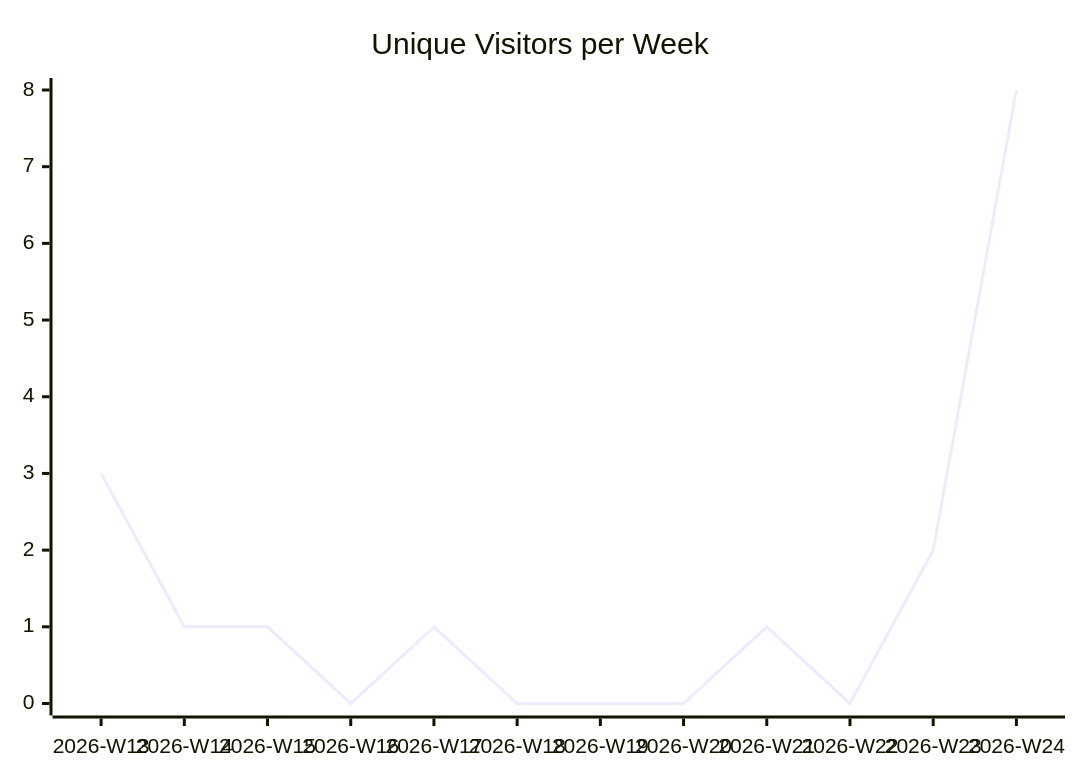
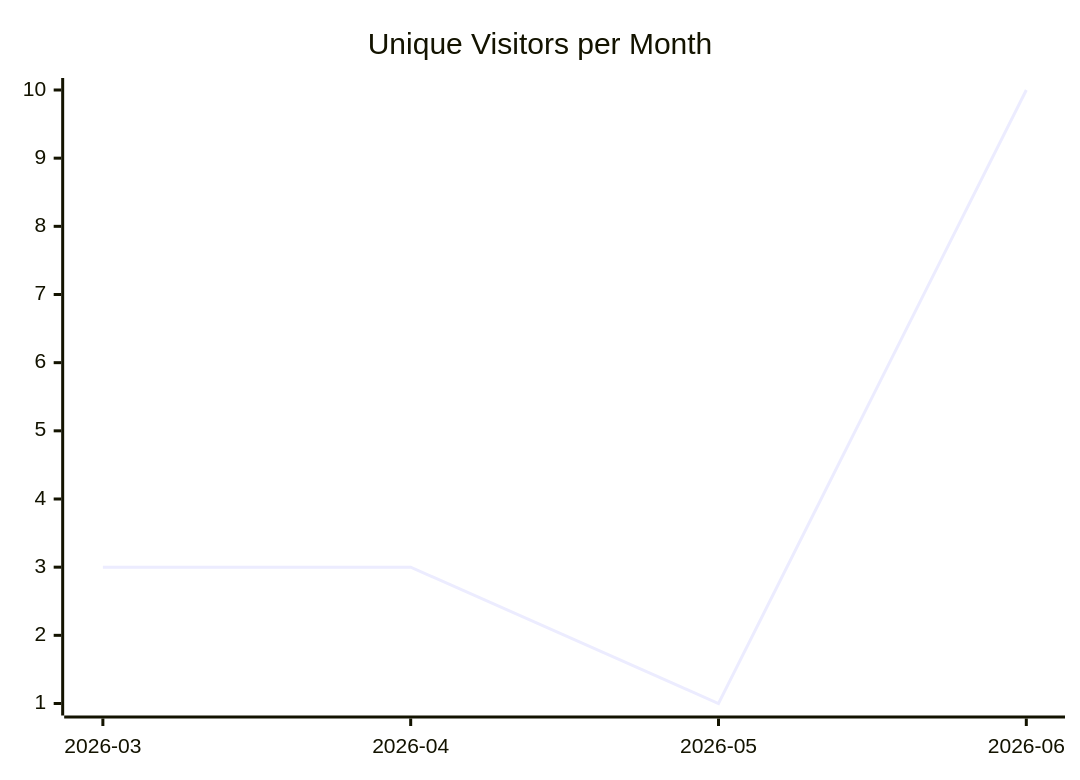
One commit to justdavis-family/github-analytics-data changed the first of 3 diagrams in karlmdavis/rps-tourney/README.md. Above: the diagram before and after it, drawn with Mermaid. The commit also changed other lines of this file and 198 other files, not shown here.

````diff
--- a/karlmdavis/rps-tourney/README.md
+++ b/karlmdavis/rps-tourney/README.md
@@ -5,6 +5,6 @@
 ```mermaid
 xychart-beta
-  title "Unique Visitors per Week"
-  x-axis ["2026-W13", "2026-W14", "2026-W15", "2026-W16", "2026-W17", "2026-W18", "2026-W19", "2026-W20", "2026-W21", "2026-W22", "2026-W23", "2026-W24"]
-  line [3, 1, 1, 0, 1, 0, 0, 0, 1, 0, 2, 8]
+  title "Unique Visitors per Month"
+  x-axis ["2026-03", "2026-04", "2026-05", "2026-06"]
+  line [3, 3, 1, 10]
 ```
````
